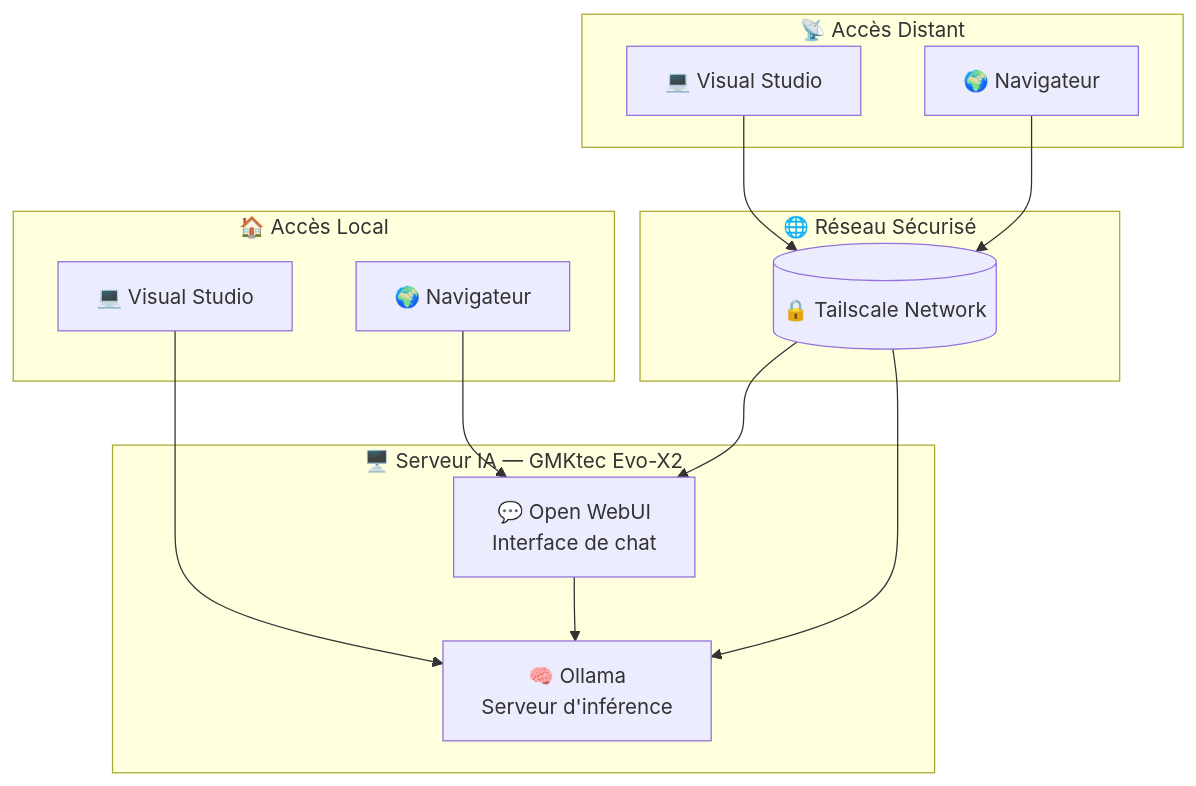
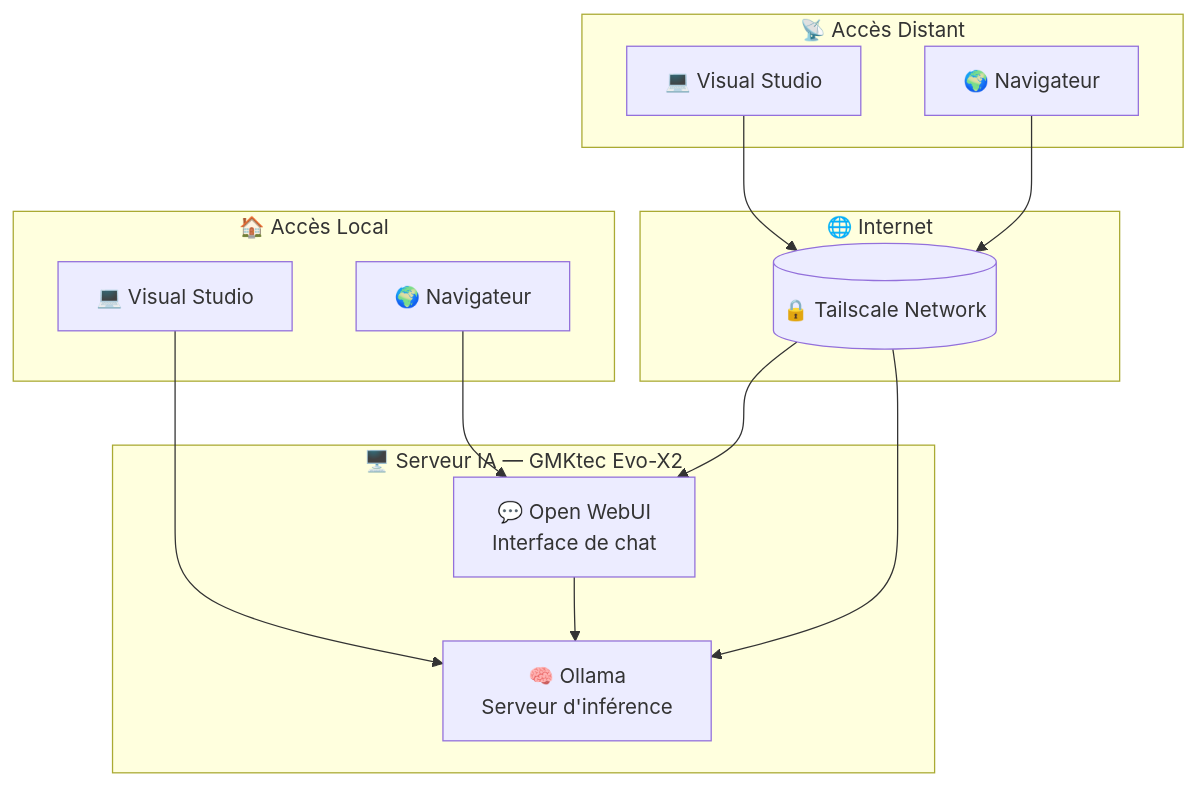
The diagram in ai.fr.md (jetelain/wiki), drawn with Mermaid before and after one commit. The commit also changed other lines of this file and 6 other files, not shown here.

````diff
--- a/ai.fr.md
+++ b/ai.fr.md
@@ -13,26 +13,26 @@
 ```mermaid
 graph TB
     subgraph "🖥️ Serveur IA — GMKtec Evo-X2"
         Ollama[🧠 Ollama<br/>Serveur d'inférence]
         OpenWebUI[💬 Open WebUI<br/>Interface de chat]
     end
 
-    subgraph "🌐 Réseau Sécurisé"
+    subgraph "🌐 Internet"
         TS[(🔒 Tailscale Network)]
     end
 
     subgraph "🏠 Accès Local"
         IDELocal[💻 Visual Studio]
         BrowserLocal[🌍 Navigateur]
     end
 
     subgraph "📡 Accès Distant"
         IDE[💻 Visual Studio]
         Browser[🌍 Navigateur]
     end
 
     Browser --> TS --> OpenWebUI --> Ollama
     IDE --> TS --> Ollama
     BrowserLocal --> OpenWebUI
     IDELocal --> Ollama
 ```
````
